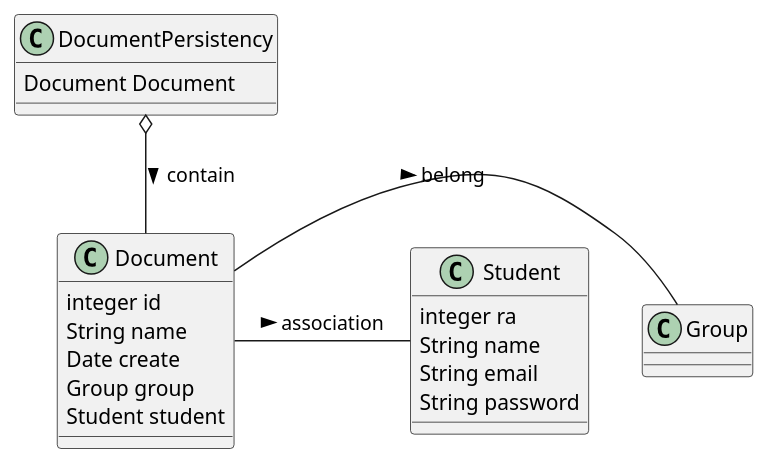
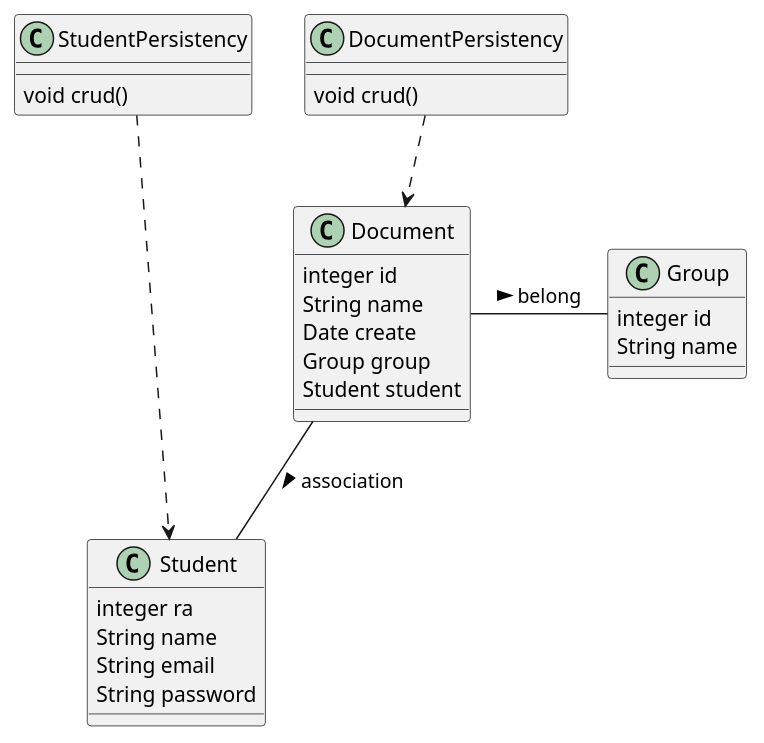
Before and after one commit to rodrigoRolim/complementary-activities: the diagram in items/development plant/Sender/Sender.wsd, drawn with PlantUML.

Commit message:
add class studentPersistency and reshuffle class positions

```diff
--- a/items/development plant/Sender/Sender.wsd
+++ b/items/development plant/Sender/Sender.wsd
@@ -1,21 +1,29 @@
 @startuml
 Class Document {
  integer id
  String name
  Date create
  Group group
  Student student
 }
 Class DocumentPersistency {
- Document Document
+ void crud()
 }
 Class Student{
  integer ra
  String name
  String email
  String password
 }
+Class StudentPersistency {
+  void crud()
+}
+Class Group {
+ integer id
+ String name
+}
 Document - Group: belong >
-DocumentPersistency o-- Document: contain >
-Document - Student: association >
+DocumentPersistency ..> Document
+Document -- Student: association >
+StudentPersistency ...> Student
 @enduml
```
